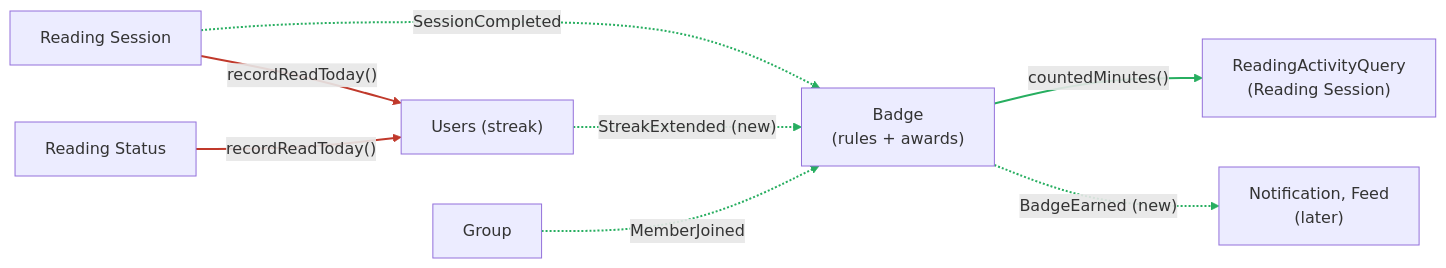
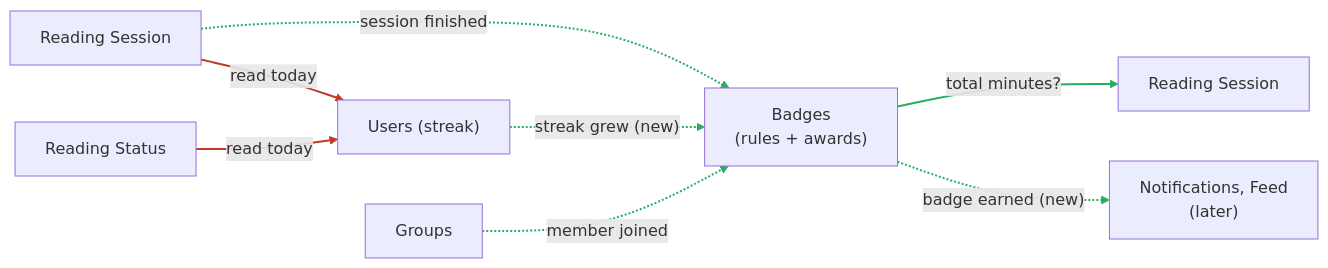
One commit to MESW-LES-2627/les-project-group-6 changed the second of 2 diagrams in docs/oop_assets/change_anaysis_iteration_2.md. Above: the diagram before and after it, drawn with Mermaid. The commit also changed other lines of this file and 2 other files, not shown here.

````diff
--- a/docs/oop_assets/change_anaysis_iteration_2.md
+++ b/docs/oop_assets/change_anaysis_iteration_2.md
@@ -84,12 +100,12 @@
 ```mermaid
 flowchart LR
-    RS[Reading Session] -.->|"SessionCompleted"| BD["Badge<br/>(rules + awards)"]
-    UM["Users (streak)"] -.->|"StreakExtended (new)"| BD
-    GM[Group] -.->|"MemberJoined"| BD
-    BD -->|"countedMinutes()"| RA["ReadingActivityQuery<br/>(Reading Session)"]
-    BD -.->|"BadgeEarned (new)"| NF["Notification, Feed<br/>(later)"]
-    RS -->|"recordReadToday()"| UM
-    ST[Reading Status] -->|"recordReadToday()"| UM
+    RS[Reading Session] -.->|"session finished"| BD["Badges<br/>(rules + awards)"]
+    UM["Users (streak)"] -.->|"streak grew (new)"| BD
+    GM[Groups] -.->|"member joined"| BD
+    BD -->|"total minutes?"| RA["Reading Session"]
+    BD -.->|"badge earned (new)"| NF["Notifications, Feed<br/>(later)"]
+    RS -->|"read today"| UM
+    ST[Reading Status] -->|"read today"| UM
     linkStyle 5,6 stroke:#c0392b,stroke-width:2px
     linkStyle 0,1,2,3,4 stroke:#27ae60,stroke-width:2px
 ```
````
